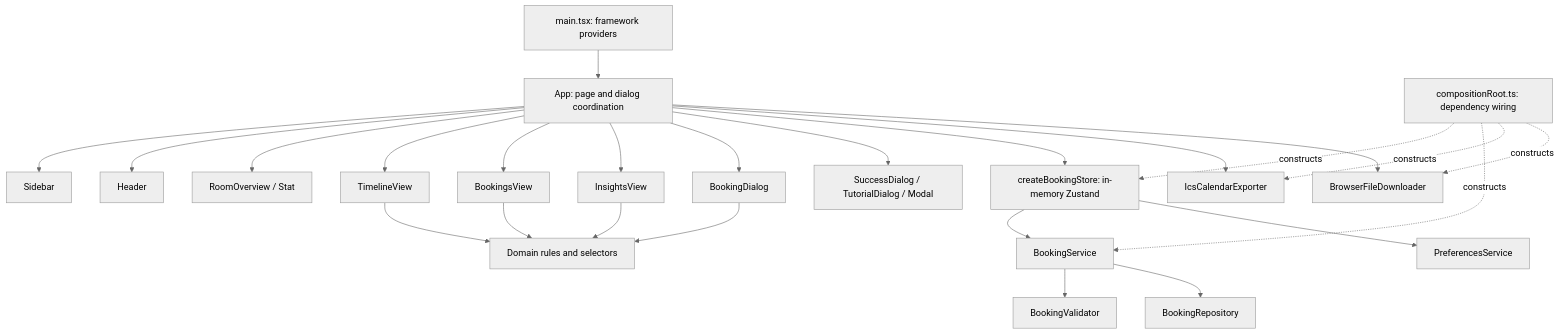
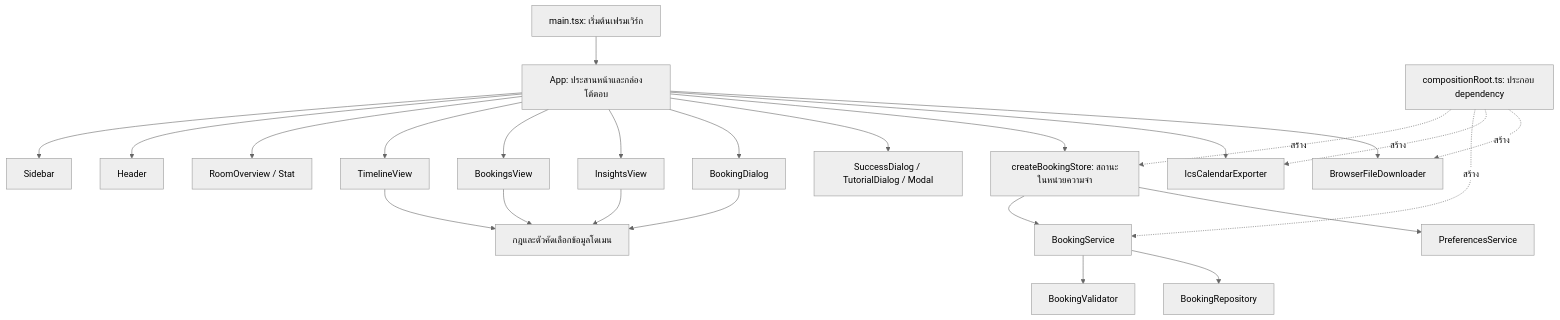
One commit to Pootanapat/smart-campus-booking changed the first of 3 diagrams in docs/architecture-and-solid.md. Above: the diagram before and after it, drawn with Mermaid (neutral theme). The commit also changed other lines of this file and 53 other files, not shown here.

````diff
--- a/docs/architecture-and-solid.md
+++ b/docs/architecture-and-solid.md
@@ -180,27 +180,27 @@
 ```mermaid
 flowchart TD
-  Main[main.tsx: framework providers] --> App[App: page and dialog coordination]
+  Main[main.tsx: เริ่มต้นเฟรมเวิร์ก] --> App[App: ประสานหน้าและกล่องโต้ตอบ]
   App --> Sidebar
   App --> Header
   App --> Overview[RoomOverview / Stat]
   App --> Timeline[TimelineView]
   App --> Bookings[BookingsView]
   App --> Insights[InsightsView]
   App --> Form[BookingDialog]
   App --> Dialogs[SuccessDialog / TutorialDialog / Modal]
-  App --> Store[createBookingStore: in-memory Zustand]
+  App --> Store[createBookingStore: สถานะในหน่วยความจำ]
   Store --> Service[BookingService]
   Store --> Preferences[PreferencesService]
-  Timeline --> Domain[Domain rules and selectors]
+  Timeline --> Domain[กฎและตัวคัดเลือกข้อมูลโดเมน]
   Bookings --> Domain
   Insights --> Domain
   Form --> Domain
   Service --> Rules[BookingValidator]
   Service --> Repo[BookingRepository]
   App --> Export[IcsCalendarExporter]
   App --> Download[BrowserFileDownloader]
-  Root[compositionRoot.ts: dependency wiring] -. constructs .-> Store
-  Root -. constructs .-> Service
-  Root -. constructs .-> Export
-  Root -. constructs .-> Download
+  Root[compositionRoot.ts: ประกอบ dependency] -. สร้าง .-> Store
+  Root -. สร้าง .-> Service
+  Root -. สร้าง .-> Export
+  Root -. สร้าง .-> Download
 ```
````
